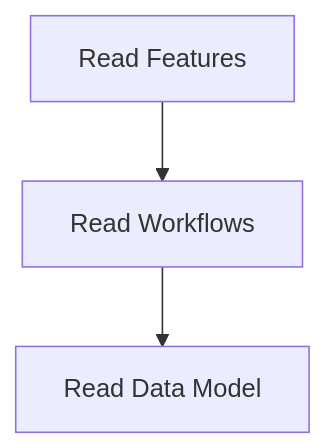
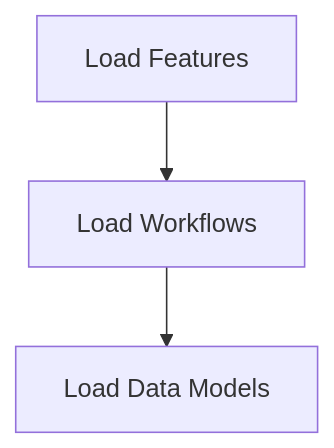
One commit to mmethodz/dreamgraph changed the diagram in docs/workflows/data-loading.md. Above: the diagram before and after it, drawn with Mermaid. The commit also changed other lines of this file and 238 other files, not shown here.

````diff
--- a/docs/workflows/data-loading.md
+++ b/docs/workflows/data-loading.md
@@ -10,8 +10,8 @@
 ```mermaid
 flowchart TD
-    S1["Read Features"]
-    S2["Read Workflows"]
+    S1["Load Features"]
+    S2["Load Workflows"]
     S1 --> S2
-    S3["Read Data Model"]
+    S3["Load Data Models"]
     S2 --> S3
 ```
````
